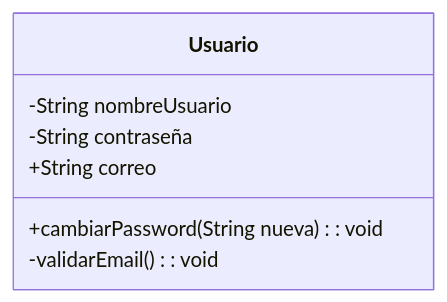
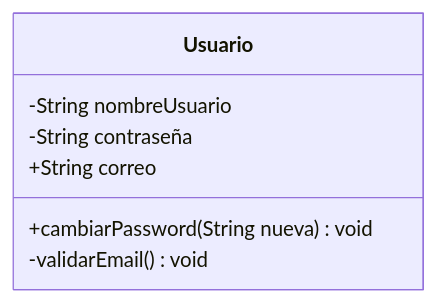
The first of 6 diagrams in README.md (dariorumi5/6.2.BateriaDeEjercicios), drawn with Mermaid before and after one commit. The commit also changed other lines of this file, not shown here.

Commit message:
Refactor method signatures in README.md
Updated method signatures in the Usuario and Carrito classes to remove return type declarations.

````diff
--- a/README.md
+++ b/README.md
@@ -3,10 +3,10 @@
 ```mermaid
 classDiagram
     class Usuario {
         -String nombreUsuario
         -String contraseña
         +String correo
-        +cambiarPassword(String nueva) : void
-        -validarEmail() : void
+        +cambiarPassword(String nueva) void
+        -validarEmail() void
     }
 ```
````
